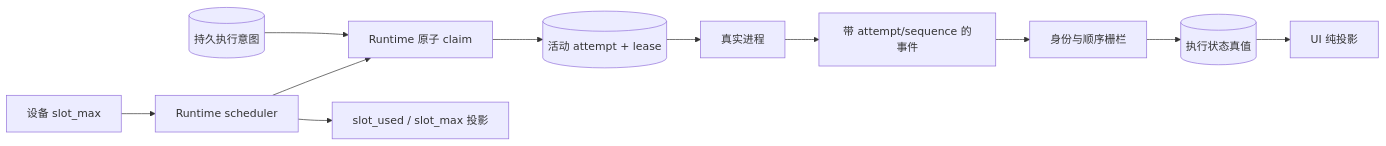
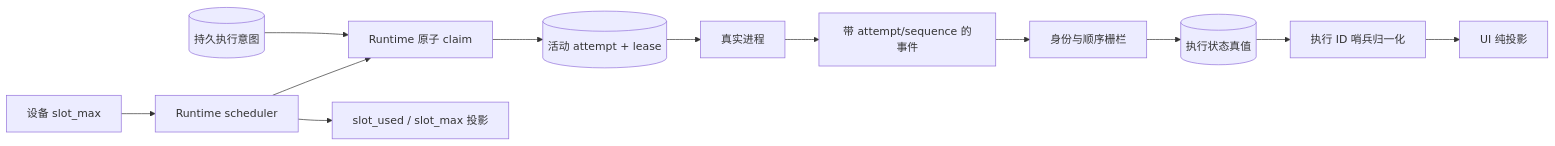
One commit to wecode-ai/wegent-docs changed the first of 2 diagrams in i18n/zh/docusaurus-plugin-content-docs/current/architecture/project-execution-state.md. Above: the diagram before and after it, drawn with Mermaid. The commit also changed other lines of this file and 9 other files, not shown here.

````diff
--- a/i18n/zh/docusaurus-plugin-content-docs/current/architecture/project-execution-state.md
+++ b/i18n/zh/docusaurus-plugin-content-docs/current/architecture/project-execution-state.md
@@ -9,13 +9,15 @@
 ```mermaid
 flowchart LR
     INTENT[(持久执行意图)] --> CLAIM[Runtime 原子 claim]
     CLAIM --> ACTIVE[(活动 attempt + lease)]
     ACTIVE --> PROCESS[真实进程]
     PROCESS --> EVENT[带 attempt/sequence 的事件]
     EVENT --> FENCE[身份与顺序栅栏]
     FENCE --> TRUTH[(执行状态真值)]
-    TRUTH --> VIEW[UI 纯投影]
+    TRUTH --> NORMALIZE[执行 ID 哨兵归一化]
+    NORMALIZE --> VIEW
+    VIEW[UI 纯投影]
     SETTINGS[设备 slot_max] --> SCHEDULER[Runtime scheduler]
     SCHEDULER --> CLAIM
     SCHEDULER --> CAPACITY[slot_used / slot_max 投影]
 ```
````
